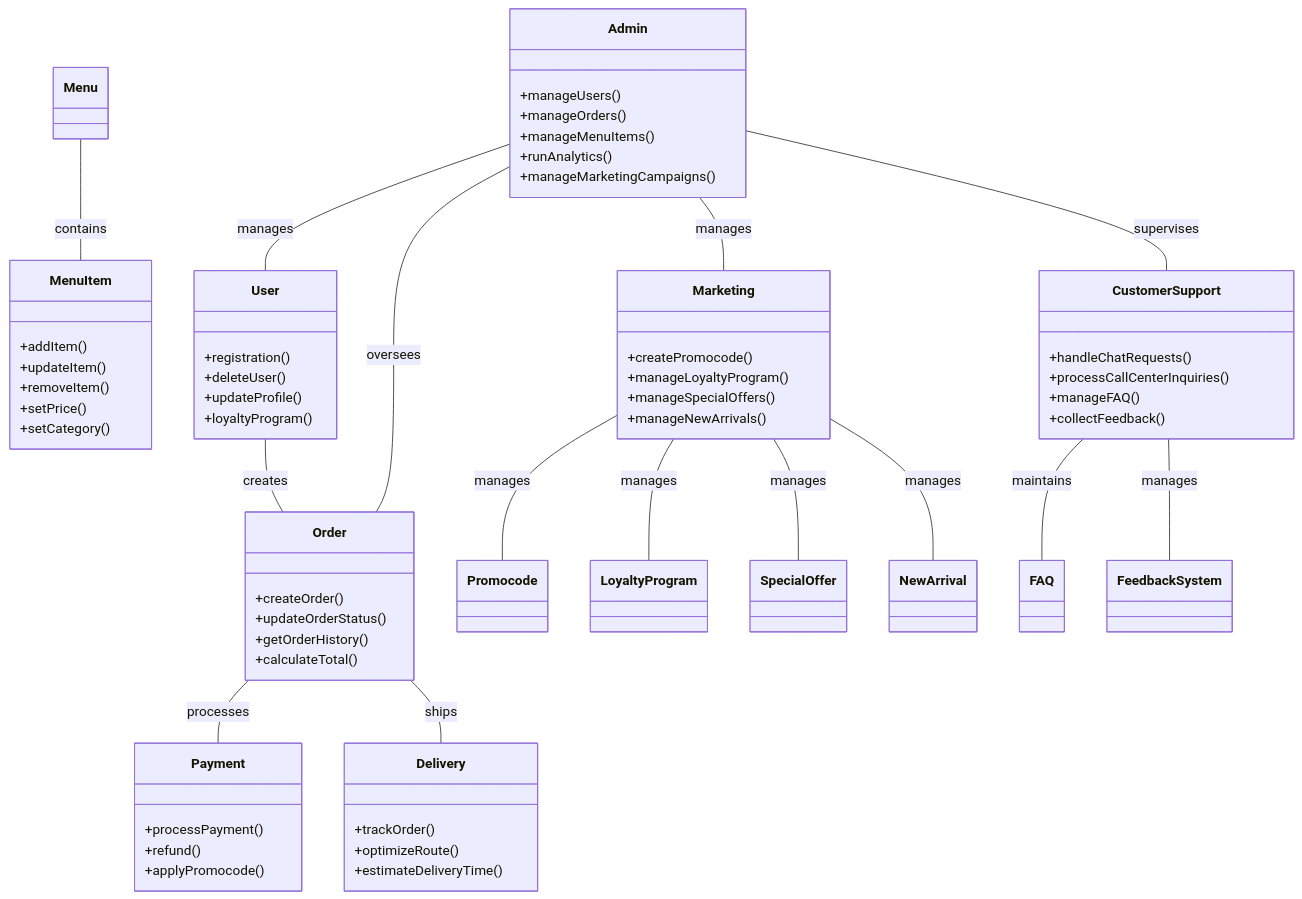
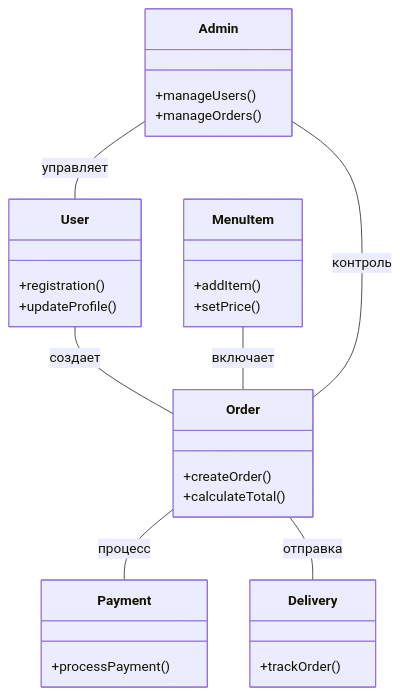
One commit to DenisKarimov8/Karimov-IS-31-Works changed the second of 3 diagrams in README.md. Above: the diagram before and after it, drawn with Mermaid. The commit also changed other lines of this file, not shown here.

````diff
--- a/README.md
+++ b/README.md
@@ -167,73 +166,37 @@
 ```mermaid
 classDiagram
     class User {
         +registration()
-        +deleteUser()
         +updateProfile()
-        +loyaltyProgram()
     }
 
     class MenuItem {
         +addItem()
-        +updateItem()
-        +removeItem()
         +setPrice()
-        +setCategory()
     }
 
     class Order {
         +createOrder()
-        +updateOrderStatus()
-        +getOrderHistory()
         +calculateTotal()
     }
 
     class Payment {
         +processPayment()
-        +refund()
-        +applyPromocode()
     }
 
     class Delivery {
         +trackOrder()
-        +optimizeRoute()
-        +estimateDeliveryTime()
     }
 
     class Admin {
         +manageUsers()
         +manageOrders()
-        +manageMenuItems()
-        +runAnalytics()
-        +manageMarketingCampaigns()
     }
 
-    class Marketing {
-        +createPromocode()
-        +manageLoyaltyProgram()
-        +manageSpecialOffers()
-        +manageNewArrivals()
-    }
-
-    class CustomerSupport {
-        +handleChatRequests()
-        +processCallCenterInquiries()
-        +manageFAQ()
-        +collectFeedback()
-    }
-
-    User -- Order : creates
-    Menu -- MenuItem : contains
-    Order -- Payment : processes
-    Order -- Delivery : ships
-    Admin -- User : manages
-    Admin -- Order : oversees
-    Admin -- Marketing : manages
-    Admin -- CustomerSupport : supervises
-    Marketing -- Promocode : manages
-    Marketing -- LoyaltyProgram : manages
-    Marketing -- SpecialOffer : manages
-    Marketing -- NewArrival : manages
-    CustomerSupport -- FAQ : maintains
-    CustomerSupport -- FeedbackSystem : manages
+    User -- Order : создает
+    MenuItem -- Order : включает
+    Order -- Payment : процесс
+    Order -- Delivery : отправка
+    Admin -- User : управляет
+    Admin -- Order : контроль
 ```
````
